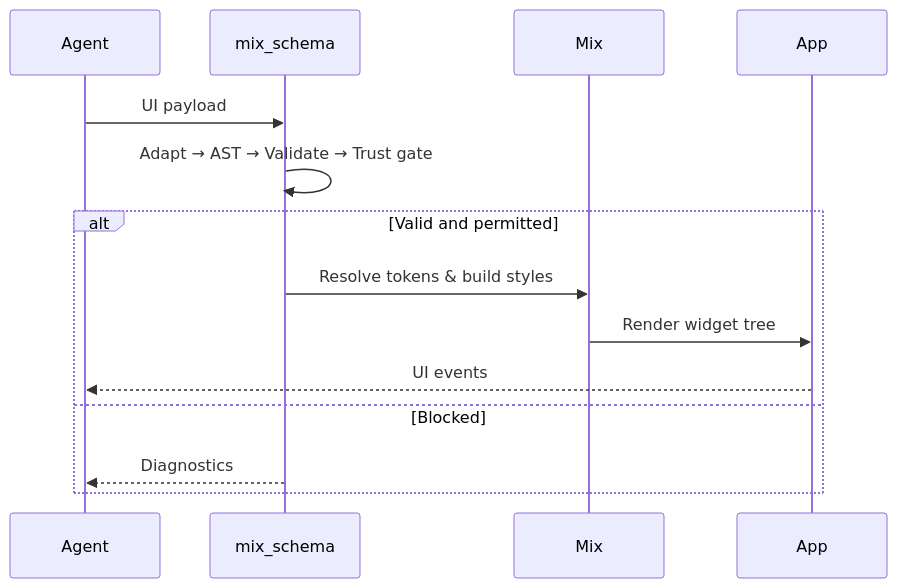
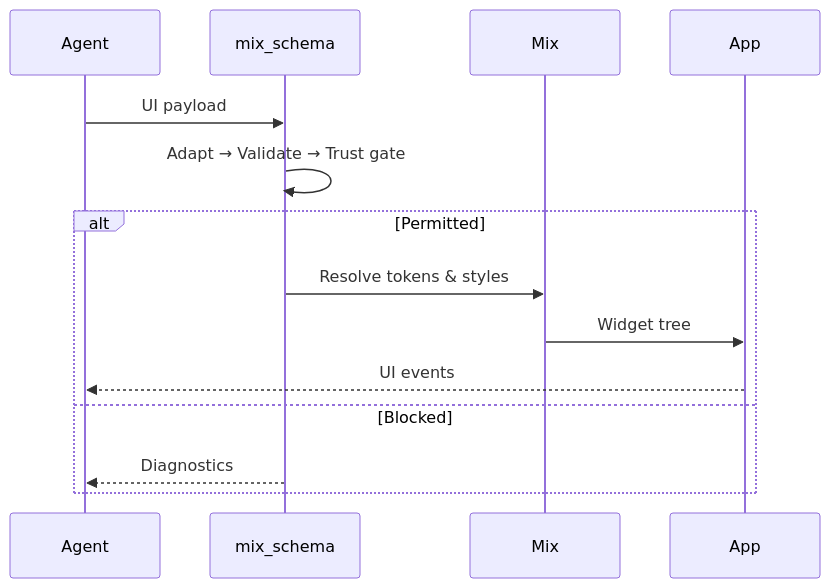
Before and after one commit to btwld/mix: the second of 2 diagrams in website/src/content/documentation/ecosystem/mix-schema.mdx, drawn with Mermaid. The commit also changed other lines of this file, not shown here.

First line of the commit message:
docs(website): clarify mix_schema architecture with convergence diagram

````diff
--- a/website/src/content/documentation/ecosystem/mix-schema.mdx
+++ b/website/src/content/documentation/ecosystem/mix-schema.mdx
@@ -39,17 +55,17 @@
 ```mermaid
 sequenceDiagram
   participant Agent
   participant mix_schema
   participant Mix
   participant App
 
   Agent->>mix_schema: UI payload
-  mix_schema->>mix_schema: Adapt → AST → Validate → Trust gate
-  alt Valid and permitted
-    mix_schema->>Mix: Resolve tokens & build styles
-    Mix->>App: Render widget tree
+  mix_schema->>mix_schema: Adapt → Validate → Trust gate
+  alt Permitted
+    mix_schema->>Mix: Resolve tokens & styles
+    Mix->>App: Widget tree
     App-->>Agent: UI events
   else Blocked
     mix_schema-->>Agent: Diagnostics
   end
 ```
````
